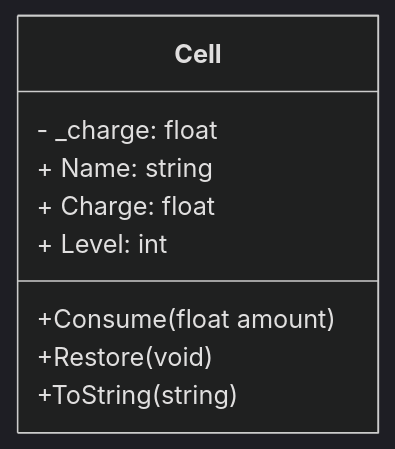
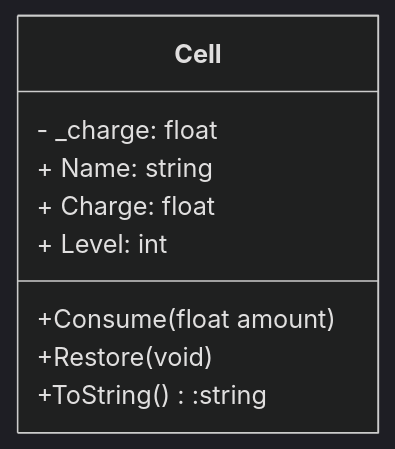
Before and after one commit to kirinlyraotawork-ai/LP1Semana07: the diagram in PowerCell/README.md, drawn with Mermaid (dark theme). The commit also changed 1 other file, not shown here.

Commit message:
markdown exercise done

````diff
--- a/PowerCell/README.md
+++ b/PowerCell/README.md
@@ -1,17 +1,17 @@
 ```mermaid
 classDiagram
     class Cell{
         - _charge: float
         + Name: string
         + Charge: float
         + Level: int
         
         
         
         +Consume(float amount)
         +Restore(void)
-        +ToString(string)
+        +ToString():string
     } 
     
 
 ```
````
